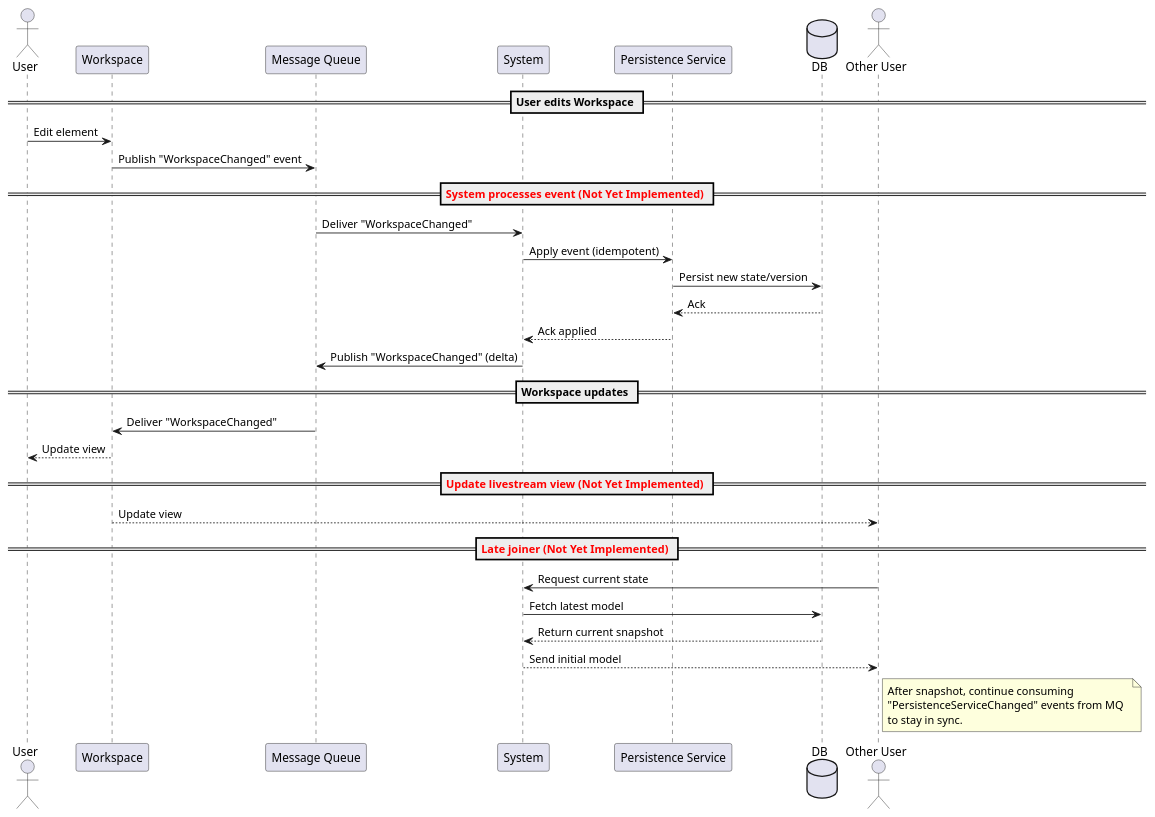
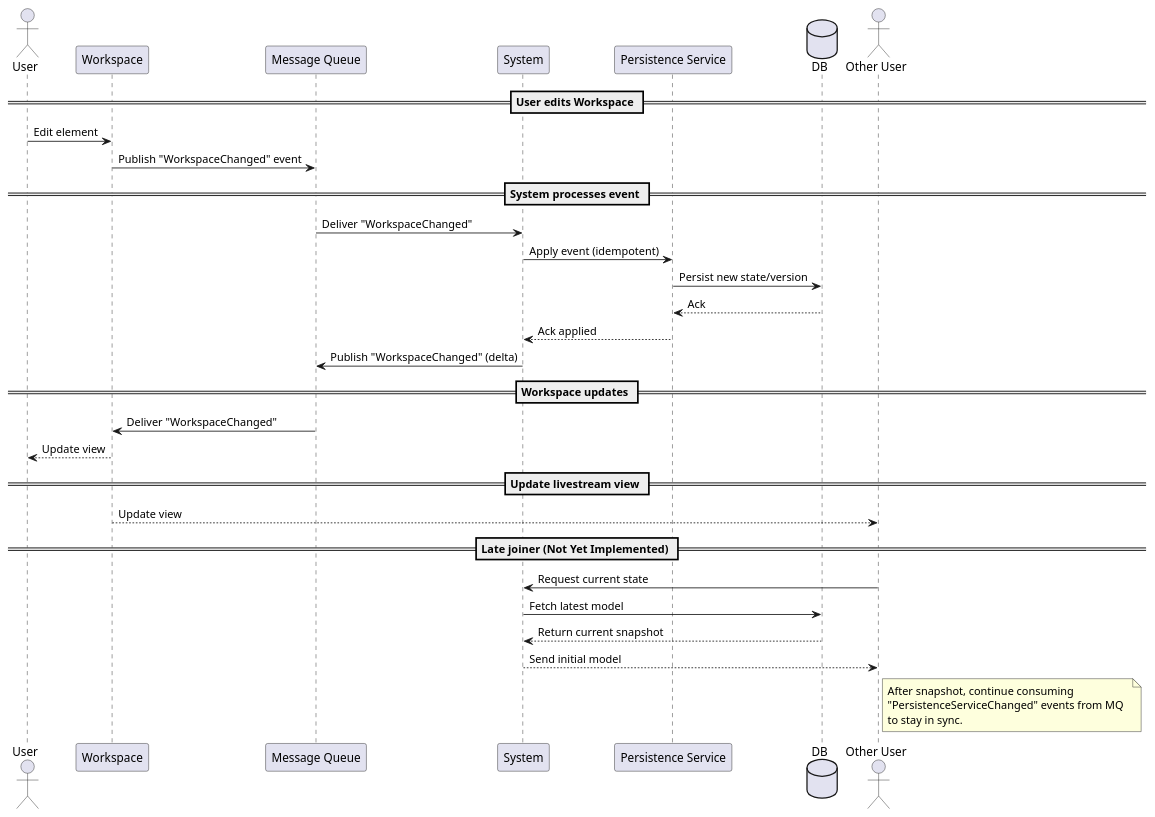
One commit to Ministry-of-Learning-of-Jura-Kites/OmniCam changed the diagram in docs/diagrams/sequences/workspace_update_sequence.puml. Above: the diagram before and after it, drawn with PlantUML. The commit also changed 6 other files, not shown here.

Commit message:
Update diagrams

```diff
--- a/docs/diagrams/sequences/workspace_update_sequence.puml
+++ b/docs/diagrams/sequences/workspace_update_sequence.puml
@@ -1,39 +1,39 @@
 @startuml workspace_update_sequence
 actor User
 participant Workspace
 participant "Message Queue" as MQ
 participant System
 participant "Persistence Service" as PersistenceService
 database DB
 actor "Other User" as OtherUser
 
 == User edits Workspace ==
 User -> Workspace: Edit element
 Workspace -> MQ: Publish "WorkspaceChanged" event
 
-== <color:red>System processes event (Not Yet Implemented)</color> ==
+== System processes event ==
 MQ -> System: Deliver "WorkspaceChanged"
 System -> PersistenceService: Apply event (idempotent)
 PersistenceService -> DB: Persist new state/version
 DB --> PersistenceService: Ack
 PersistenceService --> System: Ack applied
 System -> MQ: Publish "WorkspaceChanged" (delta)
 
 == Workspace updates ==
 MQ -> Workspace: Deliver "WorkspaceChanged"
 Workspace --> User: Update view
 
-== <color:red>Update livestream view (Not Yet Implemented)</color> ==
+== Update livestream view ==
 Workspace --> OtherUser: Update view
 
-== <color:red>Late joiner (Not Yet Implemented)</color> ==
+== Late joiner (Not Yet Implemented) ==
 OtherUser -> System: Request current state
 System -> DB: Fetch latest model
 DB --> System: Return current snapshot
 System --> OtherUser: Send initial model
 note right of OtherUser
 After snapshot, continue consuming  
 "PersistenceServiceChanged" events from MQ  
 to stay in sync.  
 end note
 @enduml
```
